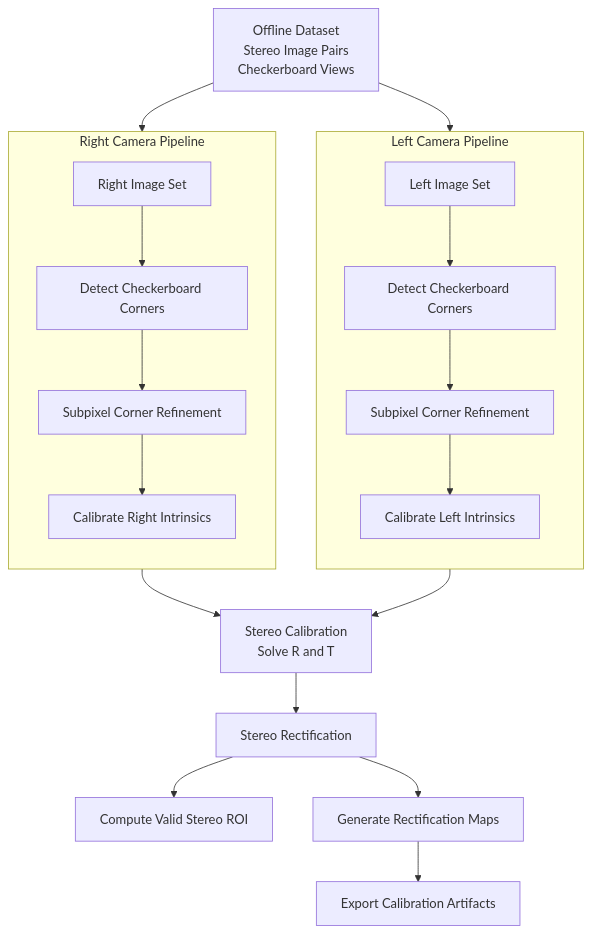
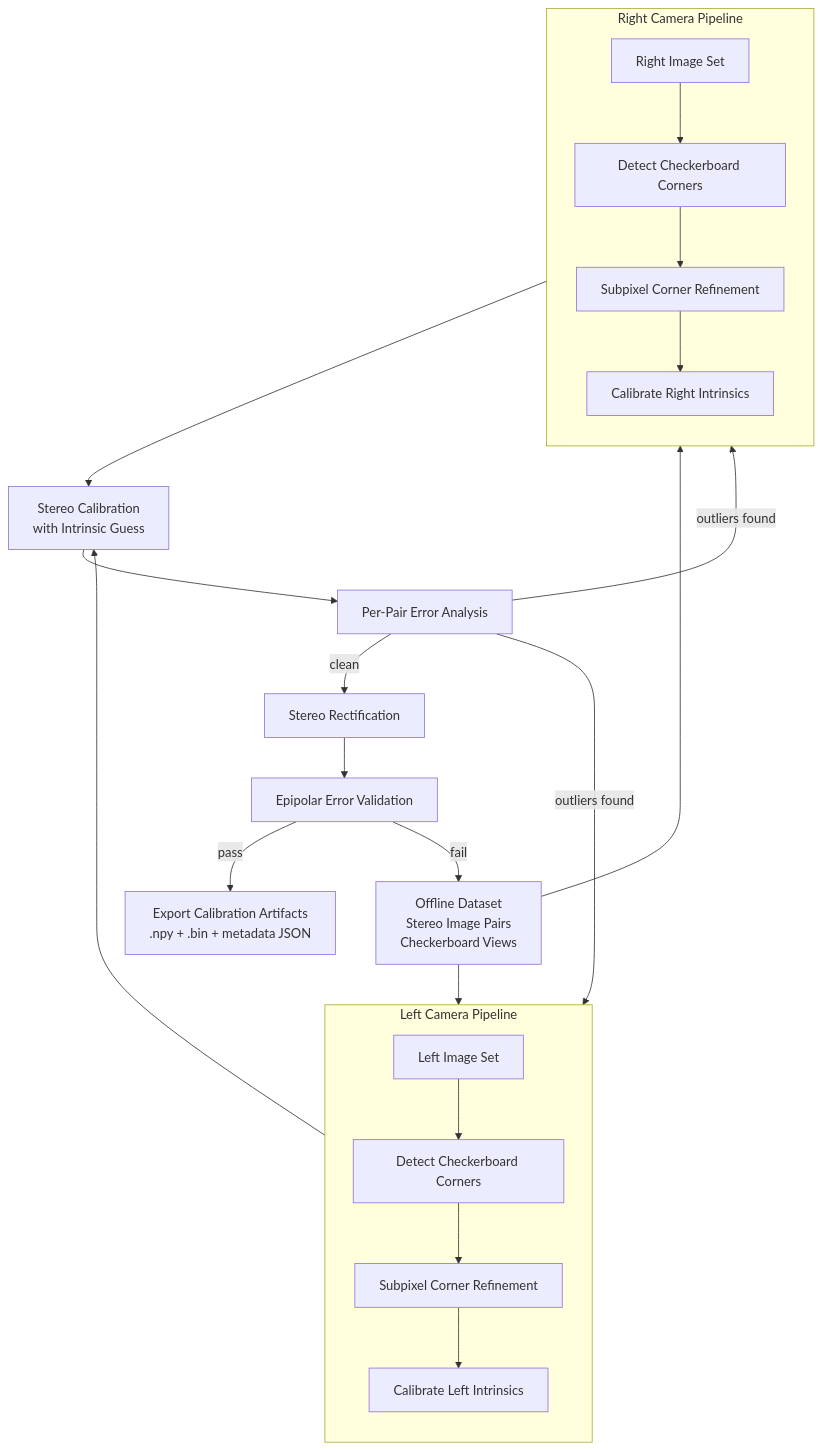
The second of 2 diagrams in bringup_guide.md (AgrippaRobotics/agrippa-stereocam), drawn with Mermaid before and after one commit. The commit also changed other lines of this file, not shown here.

First line of the commit message:
Sync bringup guide calibration workflow with notebook improvements

````diff
--- a/bringup_guide.md
+++ b/bringup_guide.md
@@ -252,33 +261,34 @@
 ```mermaid
 flowchart TD
 
 A[Offline Dataset<br/>Stereo Image Pairs<br/>Checkerboard Views]
 
 A --> B1[Left Image Set]
 A --> B2[Right Image Set]
 
 subgraph LEFT_PIPELINE [Left Camera Pipeline]
     direction TB
     B1 --> C1[Detect Checkerboard Corners]
     C1 --> D1[Subpixel Corner Refinement]
     D1 --> E1[Calibrate Left Intrinsics]
 end
 
 subgraph RIGHT_PIPELINE [Right Camera Pipeline]
     direction TB
     B2 --> C2[Detect Checkerboard Corners]
     C2 --> D2[Subpixel Corner Refinement]
     D2 --> E2[Calibrate Right Intrinsics]
 end
 
-E1 --> F[Stereo Calibration<br/>Solve R and T]
+E1 --> F[Stereo Calibration<br/>with Intrinsic Guess]
 E2 --> F
 
-F --> G[Stereo Rectification]
+F --> G[Per-Pair Error Analysis]
+G -->|outliers found| E1
+G -->|outliers found| E2
+G -->|clean| H[Stereo Rectification]
 
-G --> H[Compute Valid Stereo ROI]
-
-G --> I[Generate Rectification Maps]
-
-I --> J[Export Calibration Artifacts]
+H --> I[Epipolar Error Validation]
+I -->|pass| J[Export Calibration Artifacts<br/>.npy + .bin + metadata JSON]
+I -->|fail| A
 ```
````
